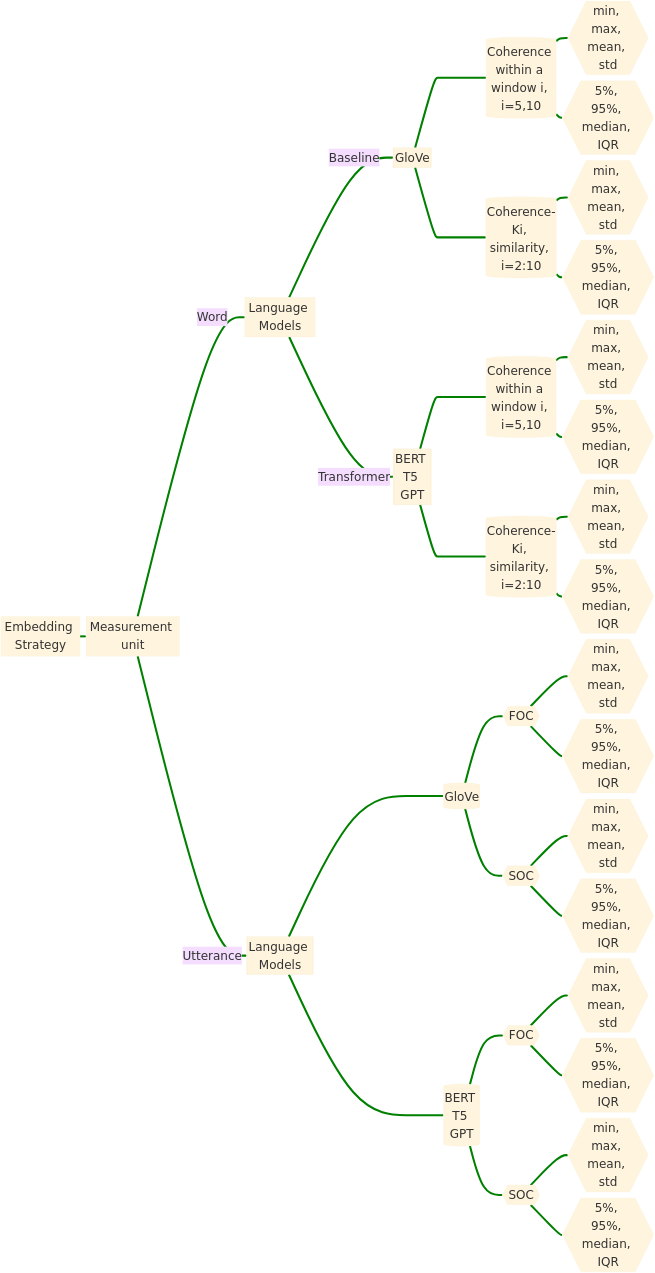
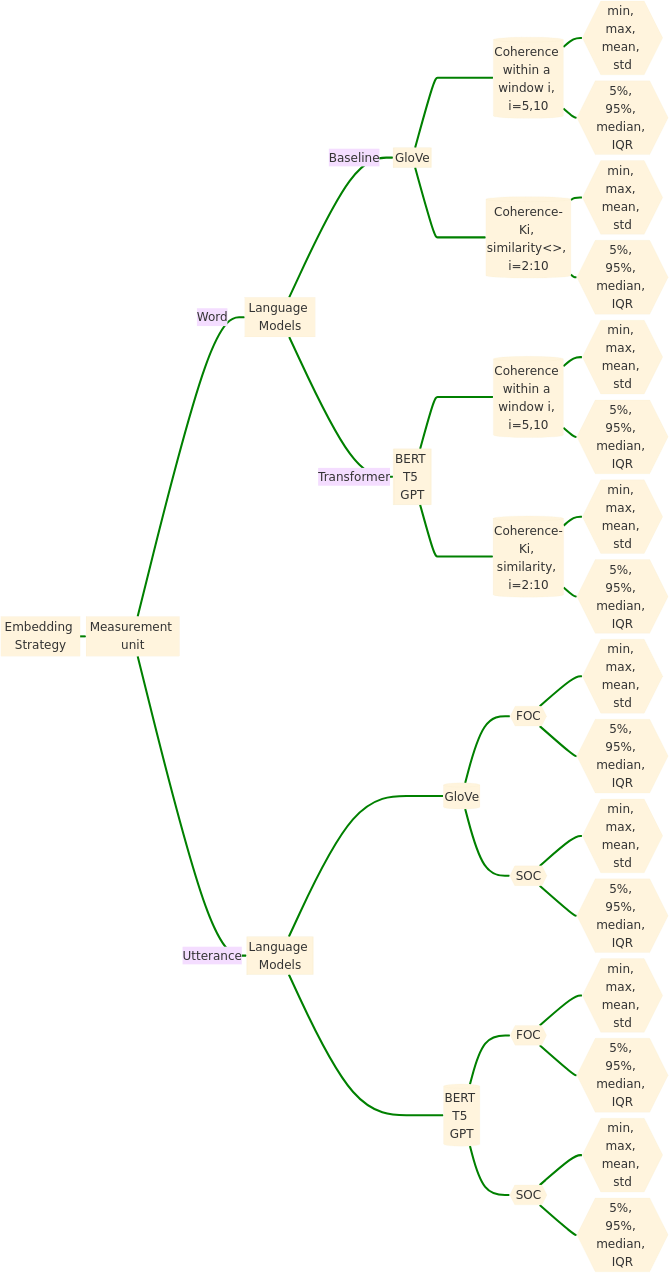
One commit to yancong222/SSD-LM-STanglab changed the first of 2 diagrams in README.md. Above: the diagram before and after it, drawn with Mermaid.

````diff
--- a/README.md
+++ b/README.md
@@ -5,66 +5,66 @@
 ```mermaid
 %%{init: {'theme': 'base', 'themeVariables': { 'fontSize': '100px'}}}%%
 flowchart LR
     A[Embedding Strategy] ==> B[Measurement unit]
     B == Word ==> C[Language Models]
     C == Baseline ==> D[[GloVe]] ====> G[(Coherence within a window i, i=5,10)]
     G ==> J{{min, max, mean, std}}
     G ==> K{{5%, 95%, median, IQR}}
-    D ====> P[(Coherence-Ki, similarity<word_id,word_id+i>, i=2:10)]
+    D ====> P[(Coherence-Ki, similarity<<word_id,word_id+i>>, i=2:10)]
     P ==> Q{{min, max, mean, std}}
     P ==> R{{5%, 95%, median, IQR}}
     C == Transformer ==> E[[BERT T5 GPT]] ====> H[(Coherence within a window i, i=5,10)]
     H ==> L{{min, max, mean, std}}
     H ==> M{{5%, 95%, median, IQR}}
     E ====> S[(Coherence-Ki, similarity<word_id,word_id+i>, i=2:10)]
     S ==> T{{min, max, mean, std}}
     S ==> U{{5%, 95%, median, IQR}}
     B == Utterance ==> F[[Language Models]] ====> I[(GloVe)]
     I ==> N{{FOC}}
     I ==> O{{SOC}}
     N ==> a{{min, max, mean, std}}
     N ==> b{{5%, 95%, median, IQR}}
     O ==> c{{min, max, mean, std}}
     O ==> d{{5%, 95%, median, IQR}}
     F ====> V[(BERT T5 GPT)]
     V ==> W{{FOC}}
     V ==> X{{SOC}}
     W ==> e{{min, max, mean, std}}
     W ==> f{{5%, 95%, median, IQR}}
     X ==> g{{min, max, mean, std}}
     X ==> h{{5%, 95%, median, IQR}}
     
     
     linkStyle 0 stroke-width:17px,fill:none,stroke:green;
     linkStyle 1 stroke-width:17px,fill:none,stroke:green;
     linkStyle 2 stroke-width:17px,fill:none,stroke:green;
     linkStyle 3 stroke-width:17px,fill:none,stroke:green;
     linkStyle 4 stroke-width:17px,fill:none,stroke:green;
     linkStyle 5 stroke-width:17px,fill:none,stroke:green;
     linkStyle 6 stroke-width:17px,fill:none,stroke:green;
     linkStyle 7 stroke-width:17px,fill:none,stroke:green;
     linkStyle 8 stroke-width:17px,fill:none,stroke:green;
     linkStyle 9 stroke-width:17px,fill:none,stroke:green;
     linkStyle 10 stroke-width:17px,fill:none,stroke:green;
     linkStyle 11 stroke-width:17px,fill:none,stroke:green;
     linkStyle 12 stroke-width:17px,fill:none,stroke:green;
     linkStyle 13 stroke-width:17px,fill:none,stroke:green;
     linkStyle 14 stroke-width:17px,fill:none,stroke:green;
     linkStyle 15 stroke-width:17px,fill:none,stroke:green;
     linkStyle 16 stroke-width:17px,fill:none,stroke:green;
     linkStyle 17 stroke-width:17px,fill:none,stroke:green;
     linkStyle 18 stroke-width:17px,fill:none,stroke:green;
     linkStyle 19 stroke-width:17px,fill:none,stroke:green;
     linkStyle 20 stroke-width:17px,fill:none,stroke:green;
     linkStyle 21 stroke-width:17px,fill:none,stroke:green;
     linkStyle 22 stroke-width:17px,fill:none,stroke:green;
     linkStyle 23 stroke-width:17px,fill:none,stroke:green;
     linkStyle 24 stroke-width:17px,fill:none,stroke:green;
     linkStyle 25 stroke-width:17px,fill:none,stroke:green;
     linkStyle 26 stroke-width:17px,fill:none,stroke:green;
     linkStyle 27 stroke-width:17px,fill:none,stroke:green;
     linkStyle 28 stroke-width:17px,fill:none,stroke:green;
     linkStyle 29 stroke-width:17px,fill:none,stroke:green;
     linkStyle 30 stroke-width:17px,fill:none,stroke:green;
     
 ```
````
